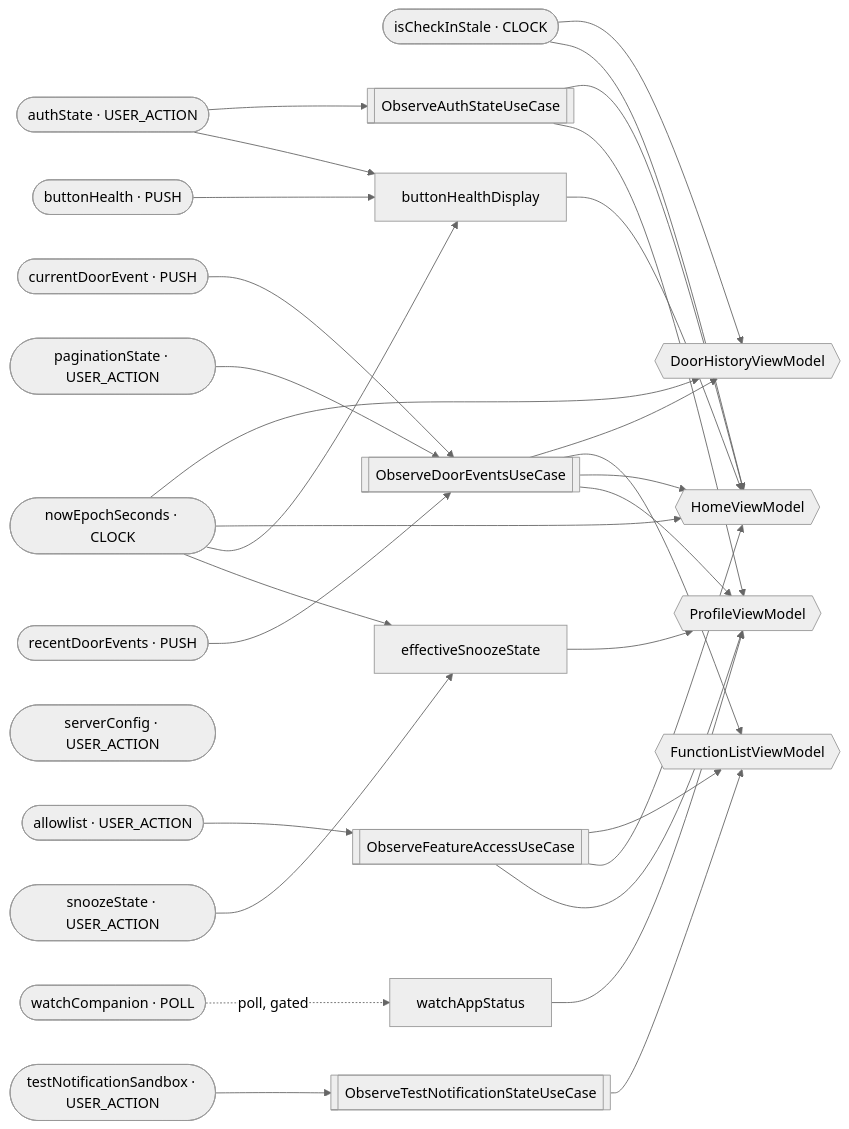
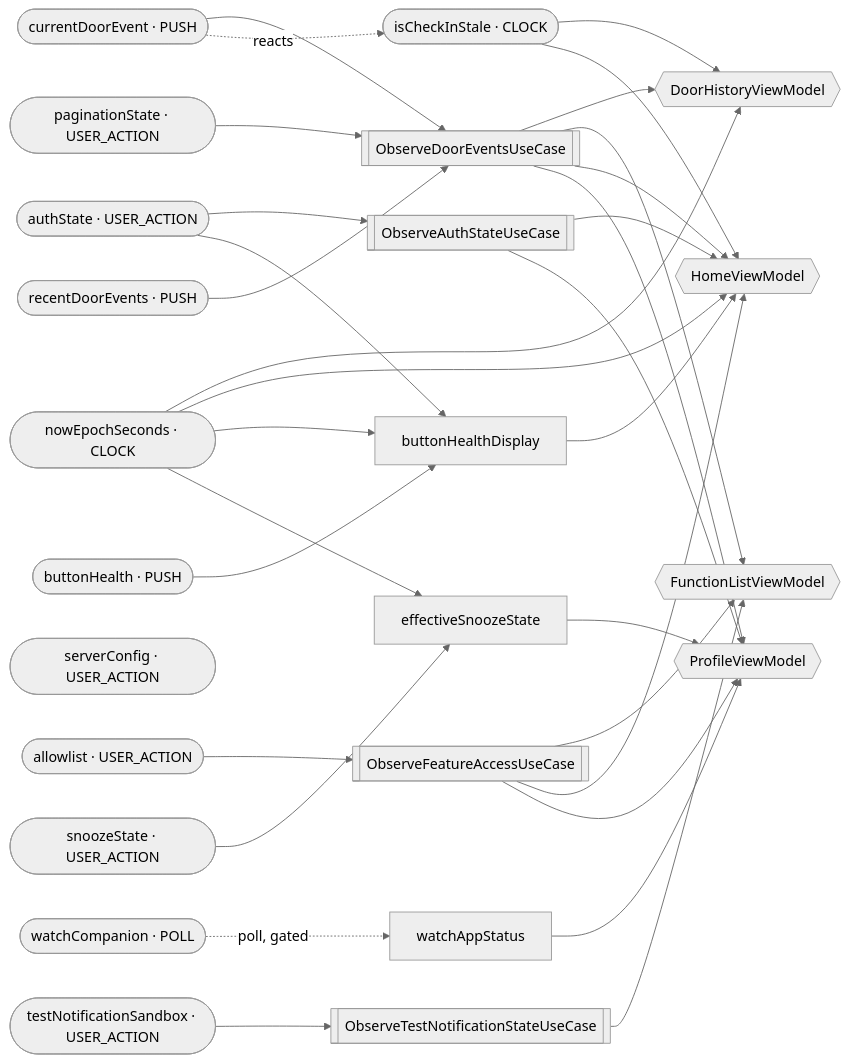
One commit to cartland/SmartGarageDoor changed the diagram in MobileGarage/docs/DATA_GRAPH.md. Above: the diagram before and after it, drawn with Mermaid (neutral theme). The commit also changed other lines of this file and 7 other files, not shown here.

First line of the commit message:
feat(graph): honesty — manager edges, G7 over every read, a rendering that states what it knows (#1223)

````diff
--- a/MobileGarage/docs/DATA_GRAPH.md
+++ b/MobileGarage/docs/DATA_GRAPH.md
@@ -29,55 +38,56 @@
 ```mermaid
 graph LR
     authState(["authState · USER_ACTION"])
     currentDoorEvent(["currentDoorEvent · PUSH"])
     recentDoorEvents(["recentDoorEvents · PUSH"])
     paginationState(["paginationState · USER_ACTION"])
     buttonHealth(["buttonHealth · PUSH"])
     snoozeState(["snoozeState · USER_ACTION"])
     serverConfig(["serverConfig · USER_ACTION"])
     allowlist(["allowlist · USER_ACTION"])
     testNotificationSandbox(["testNotificationSandbox · USER_ACTION"])
     nowEpochSeconds(["nowEpochSeconds · CLOCK"])
     isCheckInStale(["isCheckInStale · CLOCK"])
     watchCompanion(["watchCompanion · POLL"])
     buttonHealthDisplay["buttonHealthDisplay"]
     effectiveSnoozeState["effectiveSnoozeState"]
     watchAppStatus["watchAppStatus"]
     ObserveAuthStateUseCase[["ObserveAuthStateUseCase"]]
     ObserveDoorEventsUseCase[["ObserveDoorEventsUseCase"]]
     ObserveFeatureAccessUseCase[["ObserveFeatureAccessUseCase"]]
     ObserveTestNotificationStateUseCase[["ObserveTestNotificationStateUseCase"]]
     DoorHistoryViewModel{{"DoorHistoryViewModel"}}
     FunctionListViewModel{{"FunctionListViewModel"}}
     HomeViewModel{{"HomeViewModel"}}
     ProfileViewModel{{"ProfileViewModel"}}
     authState --> ObserveAuthStateUseCase
     ObserveAuthStateUseCase --> HomeViewModel
     ObserveAuthStateUseCase --> ProfileViewModel
     currentDoorEvent --> ObserveDoorEventsUseCase
     paginationState --> ObserveDoorEventsUseCase
     recentDoorEvents --> ObserveDoorEventsUseCase
     ObserveDoorEventsUseCase --> DoorHistoryViewModel
     ObserveDoorEventsUseCase --> FunctionListViewModel
     ObserveDoorEventsUseCase --> HomeViewModel
     ObserveDoorEventsUseCase --> ProfileViewModel
     allowlist --> ObserveFeatureAccessUseCase
     ObserveFeatureAccessUseCase --> FunctionListViewModel
     ObserveFeatureAccessUseCase --> HomeViewModel
     ObserveFeatureAccessUseCase --> ProfileViewModel
     testNotificationSandbox --> ObserveTestNotificationStateUseCase
     ObserveTestNotificationStateUseCase --> FunctionListViewModel
     isCheckInStale --> DoorHistoryViewModel
     isCheckInStale --> HomeViewModel
     nowEpochSeconds --> DoorHistoryViewModel
     nowEpochSeconds --> HomeViewModel
+    currentDoorEvent -. reacts .-> isCheckInStale
     authState --> buttonHealthDisplay
     buttonHealth --> buttonHealthDisplay
     nowEpochSeconds --> buttonHealthDisplay
     buttonHealthDisplay --> HomeViewModel
     nowEpochSeconds --> effectiveSnoozeState
     snoozeState --> effectiveSnoozeState
     effectiveSnoozeState --> ProfileViewModel
     watchCompanion -. poll, gated .-> watchAppStatus
     watchAppStatus --> ProfileViewModel
 ```
````
